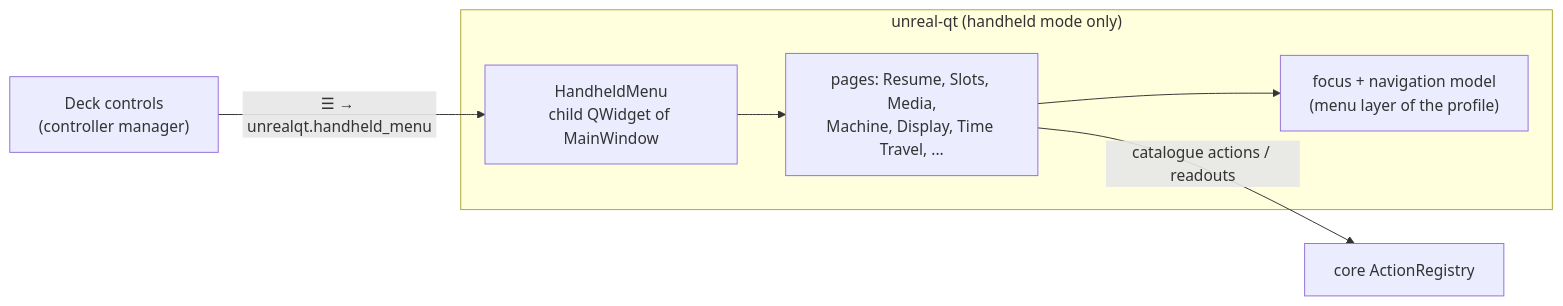
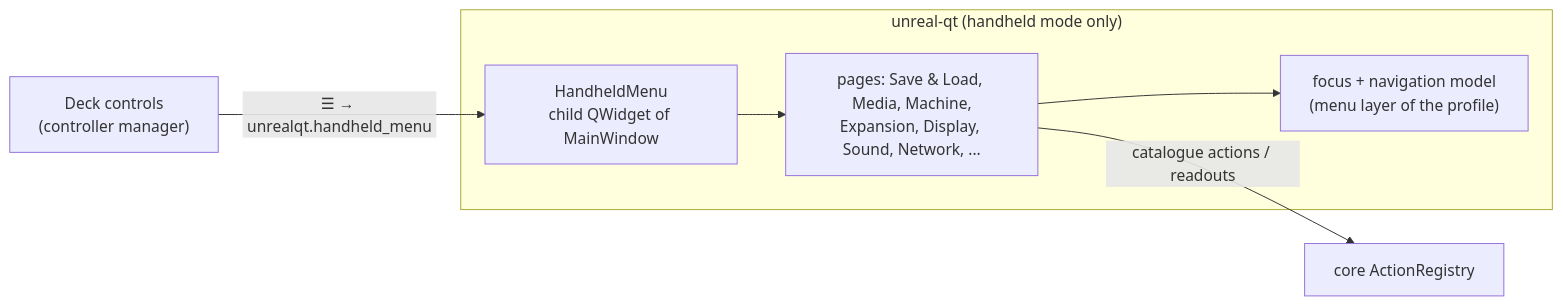
Before and after one commit to alfishe/unreal-ng: the second of 2 diagrams in docs/inprogress/2026-11-12-handheld-menu/README.md, drawn with Mermaid. The commit also changed other lines of this file and 117 other files, not shown here.

First line of the commit message:
feat(handheld): SteamOS-style controller menu and on-screen keyboard for the Steam Deck

````diff
--- a/docs/inprogress/2026-11-12-handheld-menu/README.md
+++ b/docs/inprogress/2026-11-12-handheld-menu/README.md
@@ -155,9 +179,9 @@
 ```mermaid
 flowchart LR
     Pad["Deck controls<br/>(controller manager)"] -->|"☰ → unrealqt.handheld_menu"| HM
     subgraph Qt["unreal-qt (handheld mode only)"]
-        HM["HandheldMenu<br/>child QWidget of MainWindow"] --> Pages["pages: Resume, Slots, Media,<br/>Machine, Display, Time Travel, ..."]
+        HM["HandheldMenu<br/>child QWidget of MainWindow"] --> Pages["pages: Save &amp; Load, Media, Machine,<br/>Expansion, Display, Sound, Network, ..."]
         Pages --> Nav["focus + navigation model<br/>(menu layer of the profile)"]
     end
     Pages -->|"catalogue actions / readouts"| Core["core ActionRegistry"]
 ```
````
